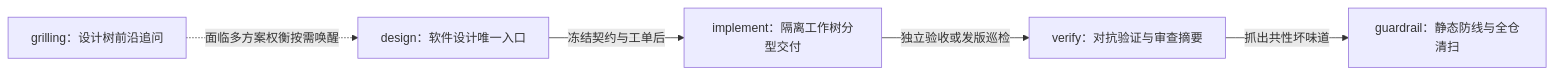
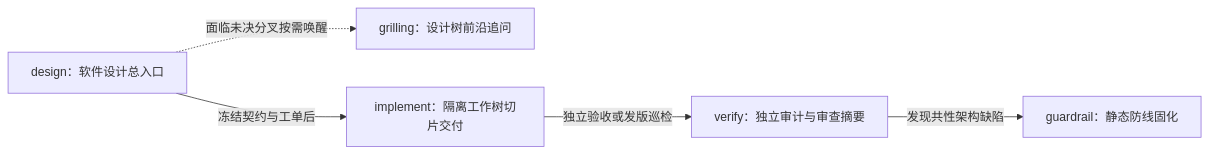
Before and after one commit to taitide-labs/docs: the diagram in README.md, drawn with Mermaid. The commit also changed other lines of this file and 30 other files, not shown here.

````diff
--- a/README.md
+++ b/README.md
@@ -9,7 +9,7 @@
 ```mermaid
 flowchart LR
-  G["grilling：设计树前沿追问"] -. "面临多方案权衡按需唤醒" .-> D["design：软件设计唯一入口"]
-  D -->|"冻结契约与工单后"| I["implement：隔离工作树分型交付"]
-  I -->|"独立验收或发版巡检"| V["verify：对抗验证与审查摘要"]
-  V -->|"抓出共性坏味道"| R["guardrail：静态防线与全仓清扫"]
+  D["design：软件设计总入口"] -. "面临未决分叉按需唤醒" .-> G["grilling：设计树前沿追问"]
+  D -->|"冻结契约与工单后"| I["implement：隔离工作树切片交付"]
+  I -->|"独立验收或发版巡检"| V["verify：独立审计与审查摘要"]
+  V -->|"发现共性架构缺陷"| R["guardrail：静态防线固化"]
 ```
````
